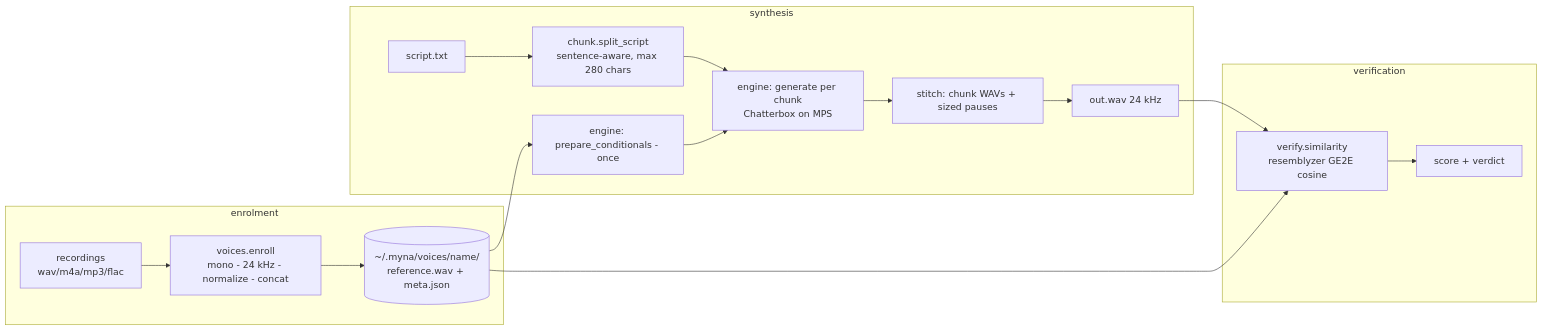
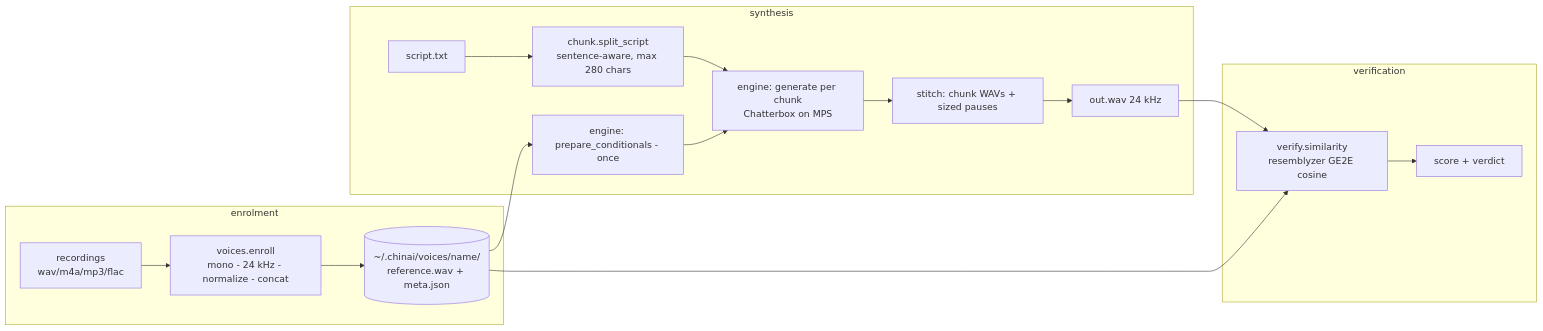
The first of 2 diagrams in docs/design.md (MattModeCode/double-chin), drawn with Mermaid before and after one commit. The commit also changed other lines of this file and 4 other files, not shown here.

````diff
--- a/docs/design.md
+++ b/docs/design.md
@@ -60,17 +60,17 @@
 ```mermaid
 flowchart LR
     subgraph enrolment
-        R[recordings<br/>wav/m4a/mp3/flac] --> E[voices.enroll<br/>mono - 24 kHz - normalize - concat] --> V[(~/.myna/voices/name/<br/>reference.wav + meta.json)]
+        R[recordings<br/>wav/m4a/mp3/flac] --> E[voices.enroll<br/>mono - 24 kHz - normalize - concat] --> V[(~/.chinai/voices/name/<br/>reference.wav + meta.json)]
     end
     subgraph synthesis
         S[script.txt] --> C[chunk.split_script<br/>sentence-aware, max 280 chars]
         V --> P[engine: prepare_conditionals - once]
         C --> G[engine: generate per chunk<br/>Chatterbox on MPS]
         P --> G
         G --> ST[stitch: chunk WAVs + sized pauses] --> O[out.wav 24 kHz]
     end
     subgraph verification
         V --> VS[verify.similarity<br/>resemblyzer GE2E cosine]
         O --> VS --> VD[score + verdict]
     end
 ```
````
